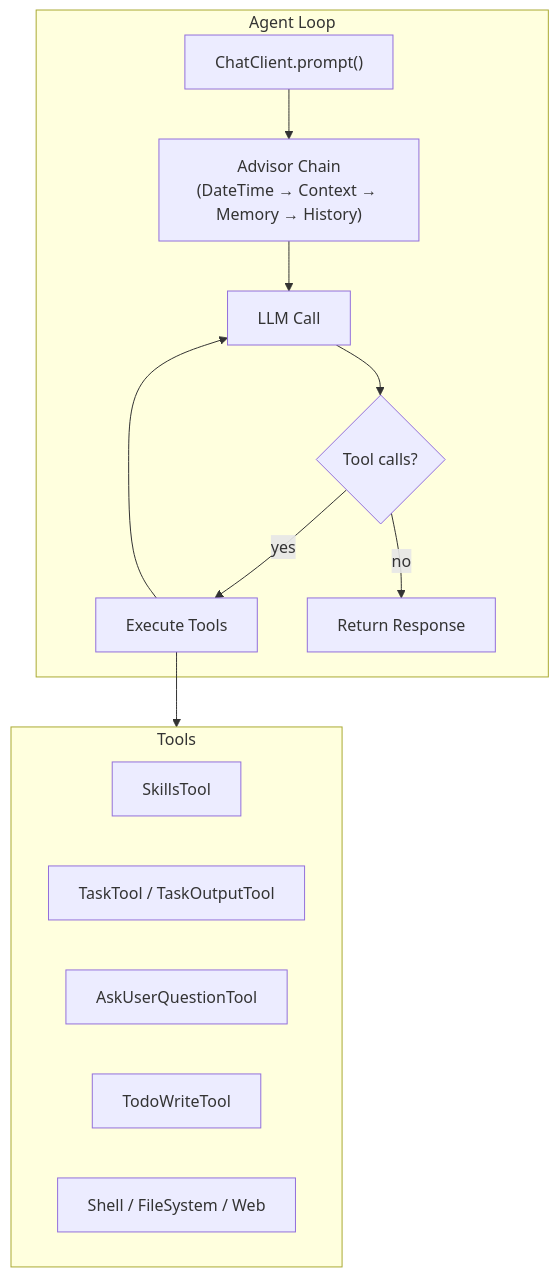
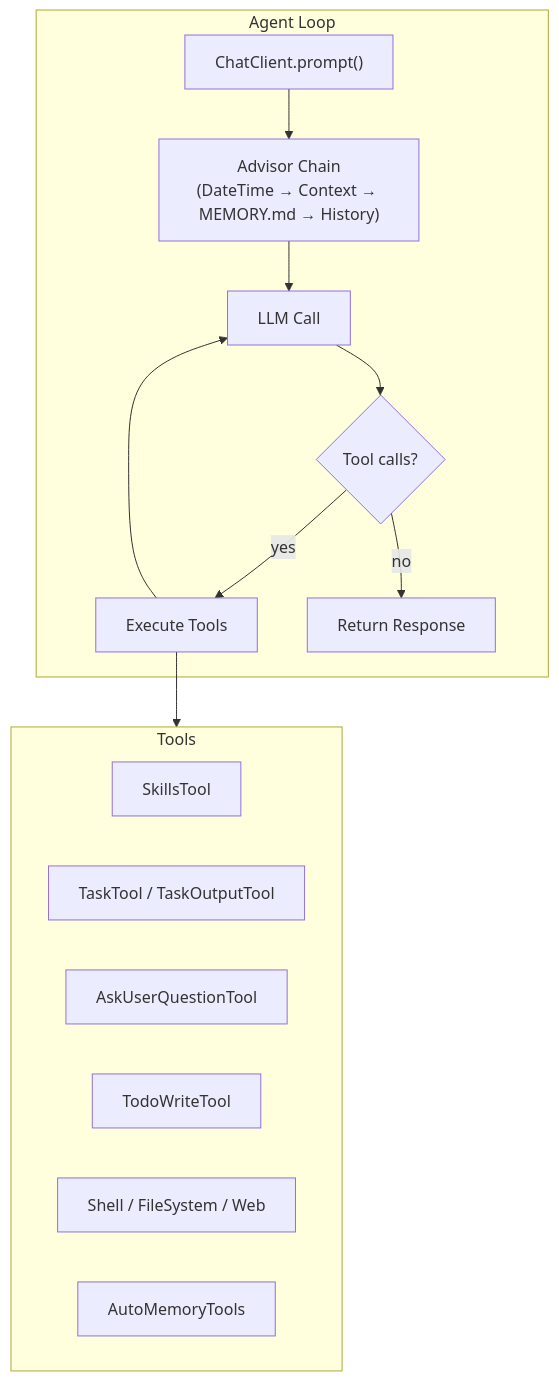
One commit to dbbaskette/herald changed the third of 4 diagrams in README.md. Above: the diagram before and after it, drawn with Mermaid. The commit also changed other lines of this file and 41 other files, not shown here.

First line of the commit message:
feat: replace memory system with AutoMemoryTools (Blog Part 6)

````diff
--- a/README.md
+++ b/README.md
@@ -424,21 +420,22 @@
 ```mermaid
 flowchart TB
     subgraph Agent Loop
-        A["ChatClient.prompt()"] --> B["Advisor Chain<br/>(DateTime → Context → Memory → History)"]
+        A["ChatClient.prompt()"] --> B["Advisor Chain<br/>(DateTime → Context → MEMORY.md → History)"]
         B --> C["LLM Call"]
         C --> D{Tool calls?}
         D -->|yes| E["Execute Tools"]
         E --> C
         D -->|no| F["Return Response"]
     end
 
     subgraph Tools
         G["SkillsTool"]
         H["TaskTool / TaskOutputTool"]
         I["AskUserQuestionTool"]
         J["TodoWriteTool"]
         K["Shell / FileSystem / Web"]
+        L["AutoMemoryTools"]
     end
 
     E --> Tools
 ```
````
